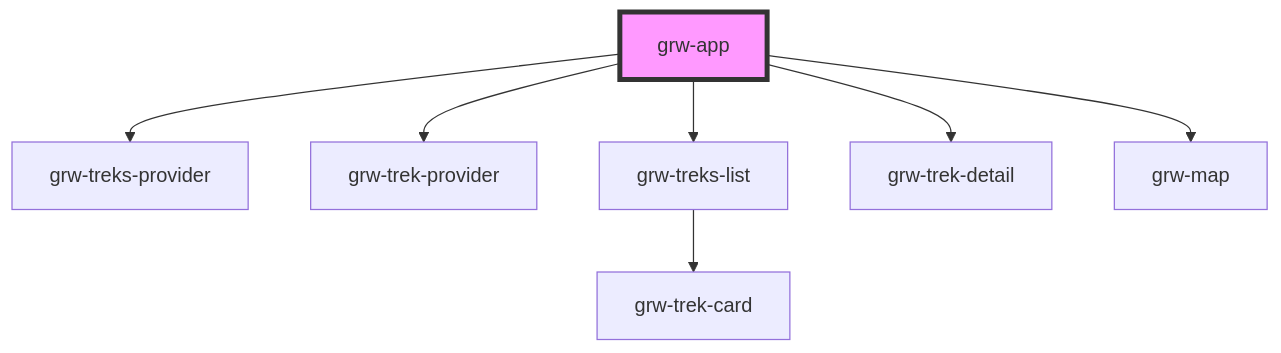
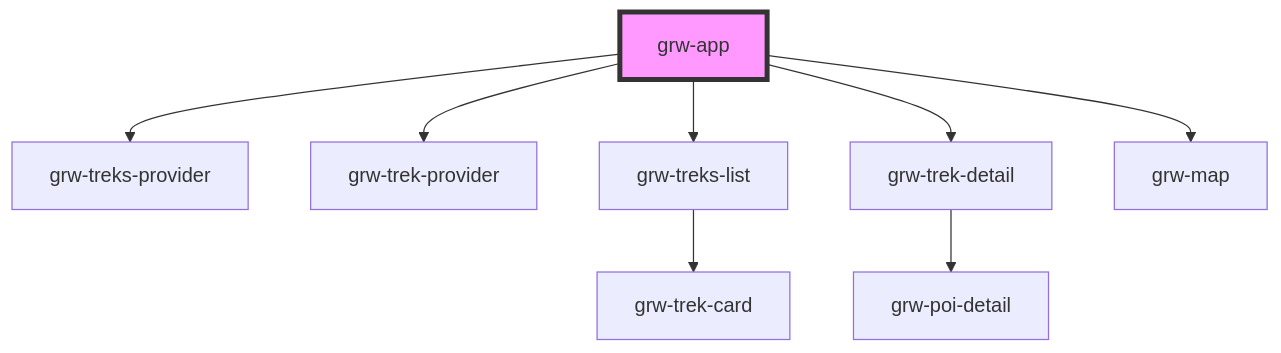
The diagram in src/components/grw-app/readme.md (GeotrekCE/Geotrek-rando-widget), drawn with Mermaid before and after one commit. The commit also changed 7 other files, not shown here.

Commit message:
add poi detail

````diff
--- a/src/components/grw-app/readme.md
+++ b/src/components/grw-app/readme.md
@@ -46,10 +46,11 @@
 ```mermaid
 graph TD;
   grw-app --> grw-treks-provider
   grw-app --> grw-trek-provider
   grw-app --> grw-treks-list
   grw-app --> grw-trek-detail
   grw-app --> grw-map
   grw-treks-list --> grw-trek-card
+  grw-trek-detail --> grw-poi-detail
   style grw-app fill:#f9f,stroke:#333,stroke-width:4px
 ```
````
